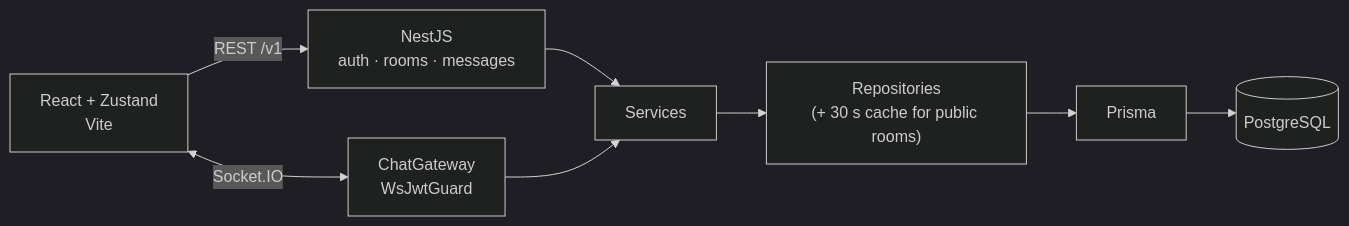
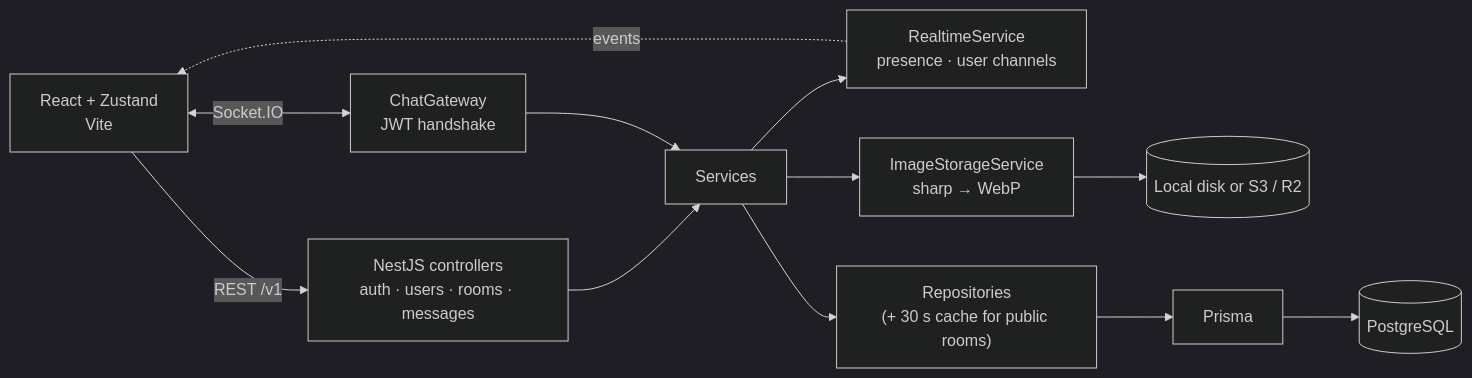
The diagram in README.md (Shiw4se/nest-react-chat), drawn with Mermaid (dark theme) before and after one commit. The commit also changed other lines of this file and 212 other files, not shown here.

````diff
--- a/README.md
+++ b/README.md
@@ -35,10 +63,14 @@
 ```mermaid
 flowchart LR
-    UI["React + Zustand<br/>Vite"] -->|REST /v1| API["NestJS<br/>auth · rooms · messages"]
-    UI <-->|Socket.IO| GW["ChatGateway<br/>WsJwtGuard"]
+    UI["React + Zustand<br/>Vite"] -->|REST /v1| API["NestJS controllers<br/>auth · users · rooms · messages"]
+    UI <-->|Socket.IO| GW["ChatGateway<br/>JWT handshake"]
     API --> SVC["Services"]
     GW --> SVC
+    SVC --> RT["RealtimeService<br/>presence · user channels"]
+    RT -.->|events| UI
     SVC --> REPO["Repositories<br/>(+ 30 s cache for public rooms)"]
+    SVC --> IMG["ImageStorageService<br/>sharp → WebP"]
+    IMG --> FS[("Local disk or S3 / R2")]
     REPO --> ORM["Prisma"]
     ORM --> DB[("PostgreSQL")]
 ```
````
